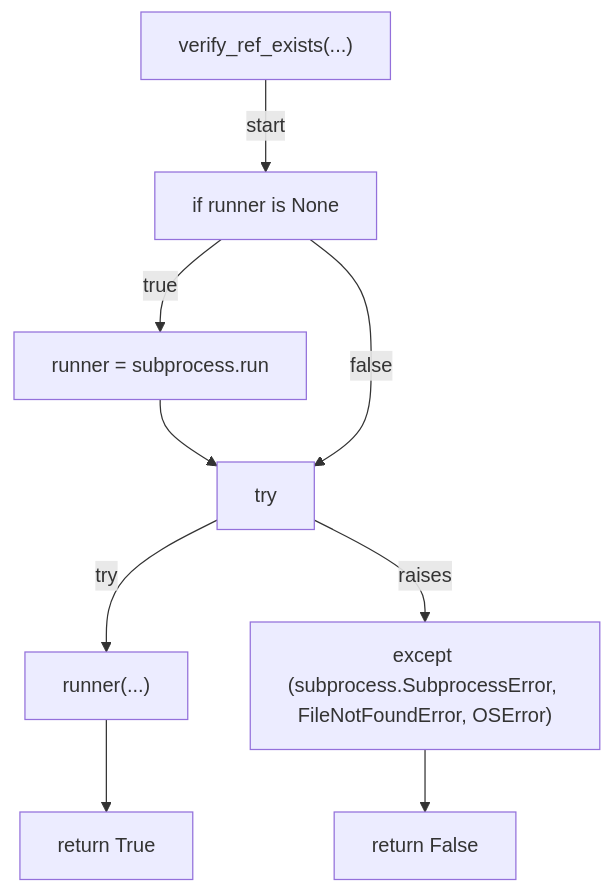
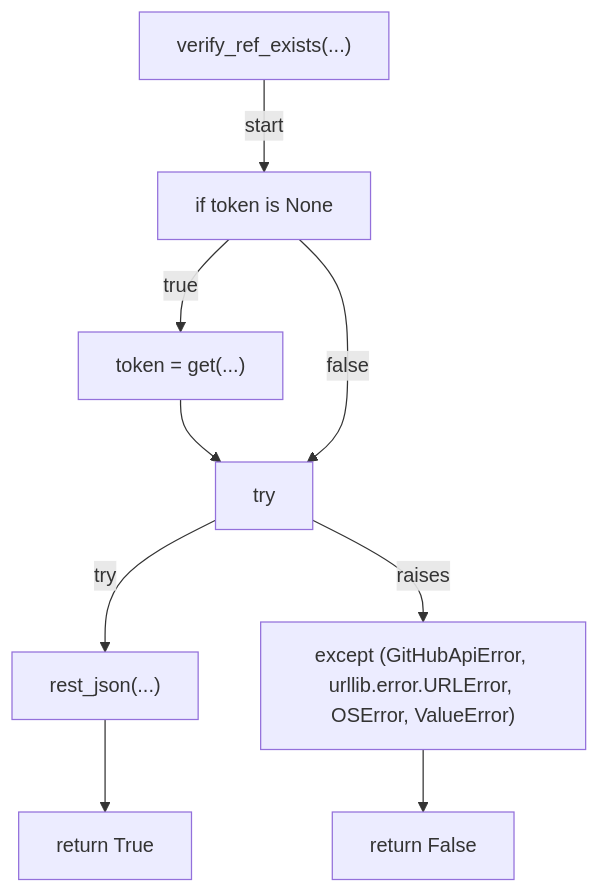
One commit to tvna/claude-md changed the fifth of 11 diagrams in docs/generated/scripts/ast/issue_link.md. Above: the diagram before and after it, drawn with Mermaid. The commit also changed other lines of this file and 15 other files, not shown here.

First line of the commit message:
docs(generated): regenerate decision tree and workflow diagrams

````diff
--- a/docs/generated/scripts/ast/issue_link.md
+++ b/docs/generated/scripts/ast/issue_link.md
@@ -45,19 +45,19 @@
 ```mermaid
 flowchart TD
     N001["verify_ref_exists(...)"]
-    N002["if runner is None"]
-    N003["runner = subprocess.run"]
+    N002["if token is None"]
+    N003["token = get(...)"]
     N004["try"]
-    N005["runner(...)"]
-    N006["except (subprocess.SubprocessError, FileNotFoundError, OSError)"]
+    N005["rest_json(...)"]
+    N006["except (GitHubApiError, urllib.error.URLError, OSError, ValueError)"]
     N007["return False"]
     N008["return True"]
     N001 -->|"start"| N002
     N002 -->|"true"| N003
     N003 --> N004
     N002 -->|"false"| N004
     N004 -->|"try"| N005
     N004 -->|"raises"| N006
     N006 --> N007
     N005 --> N008
 ```
````
